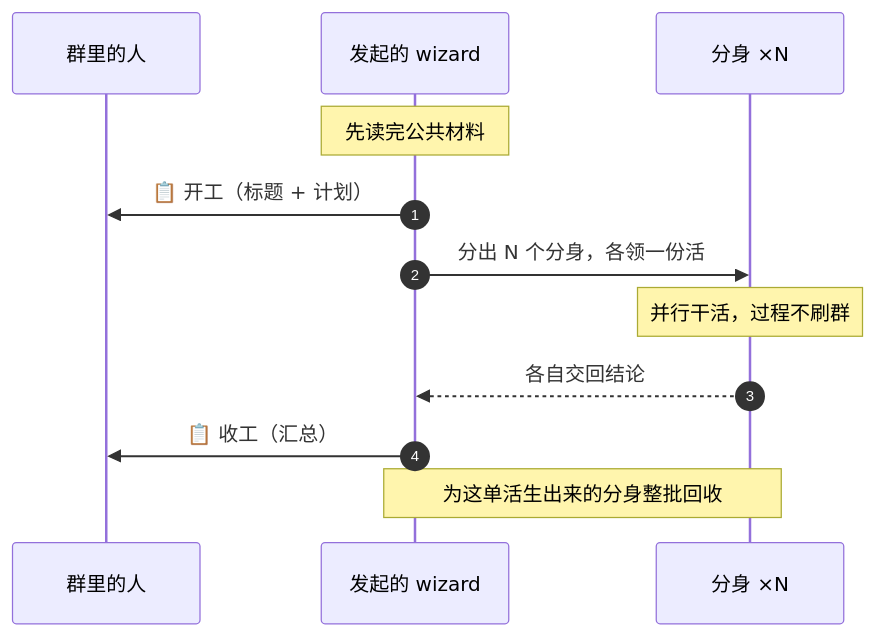
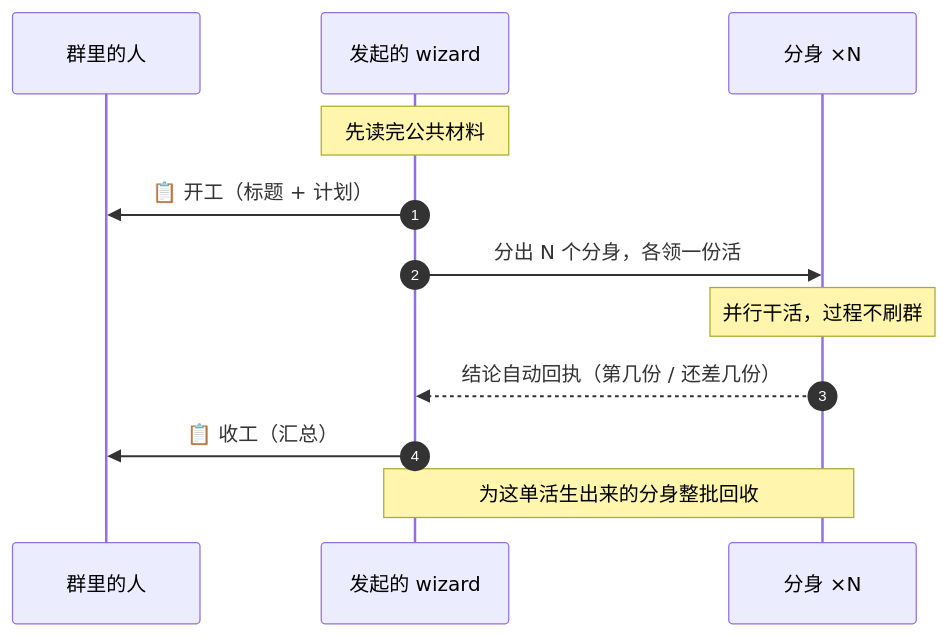
Before and after one commit to guxi11/wezard: the diagram in README.md, drawn with Mermaid. The commit also changed other lines of this file and 1 other file, not shown here.

Commit message:
docs(readme): 补上回执 / 管家分派 / 生命周期事件不进群 / rolepage 搜索·关系图·用量条, demo 图换新

````diff
--- a/README.md
+++ b/README.md
@@ -153,15 +156,15 @@
 ```mermaid
 sequenceDiagram
     autonumber
     participant U as 群里的人
     participant W as 发起的 wizard
     participant K as 分身 ×N
 
     Note over W: 先读完公共材料
     W->>U: 📋 开工（标题 + 计划）
     W->>K: 分出 N 个分身，各领一份活
     Note over K: 并行干活，过程不刷群
-    K-->>W: 各自交回结论
+    K-->>W: 结论自动回执（第几份 / 还差几份）
     W->>U: 📋 收工（汇总）
     Note over W,K: 为这单活生出来的分身整批回收
 ```
````
